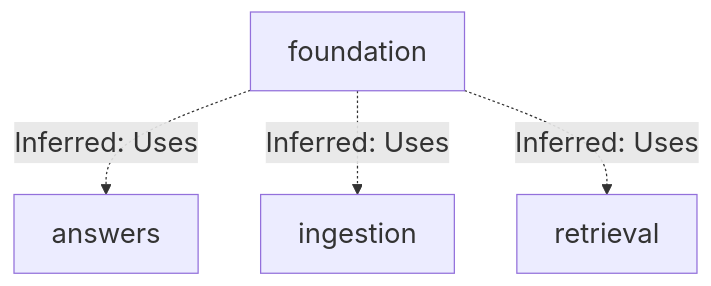
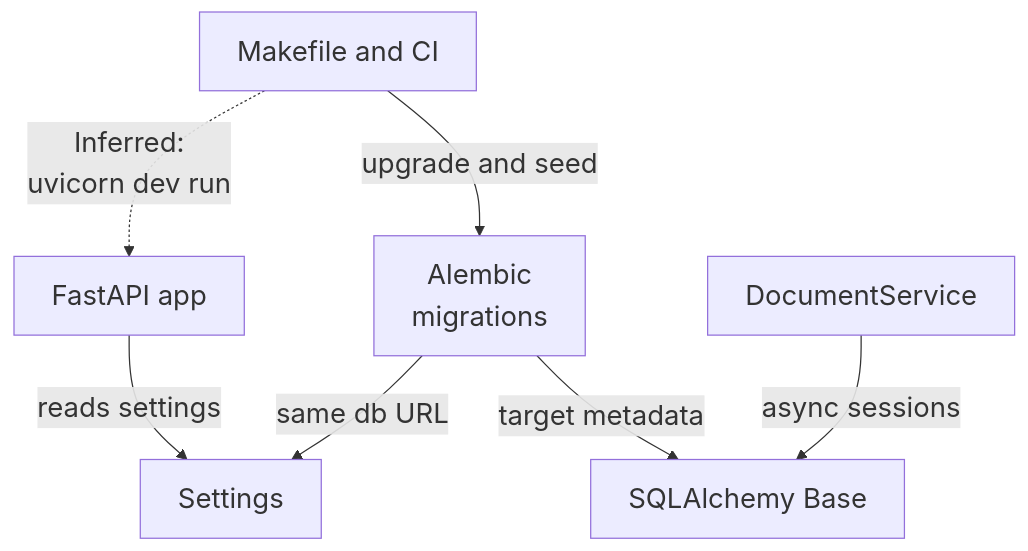
Before and after one commit to Justin-Mendoza/Afterclass: the third of 6 diagrams in README.md, drawn with Mermaid. The commit also changed other lines of this file and 88 other files, not shown here.

````diff
--- a/README.md
+++ b/README.md
@@ -37,11 +52,16 @@
 ```mermaid
 %%{init: {"themeVariables": {"fontSize": "22px"}}}%%
 flowchart TD
-  n0["foundation"]
-  n1["answers"]
-  n2["ingestion"]
-  n3["retrieval"]
-  n0 -.->|"Inferred: Uses"| n1
-  n0 -.->|"Inferred: Uses"| n2
-  n0 -.->|"Inferred: Uses"| n3
+  n0["FastAPI app"]
+  n1["Settings"]
+  n2["SQLAlchemy Base"]
+  n3["DocumentService"]
+  n4["Makefile and CI"]
+  n5["Alembic<br/>migrations"]
+  n0 -->|"reads settings"| n1
+  n5 -->|"same db URL"| n1
+  n5 -->|"target metadata"| n2
+  n3 -->|"async sessions"| n2
+  n4 -->|"upgrade and seed"| n5
+  n4 -.->|"Inferred:<br/>uvicorn dev run"| n0
 ```
````
